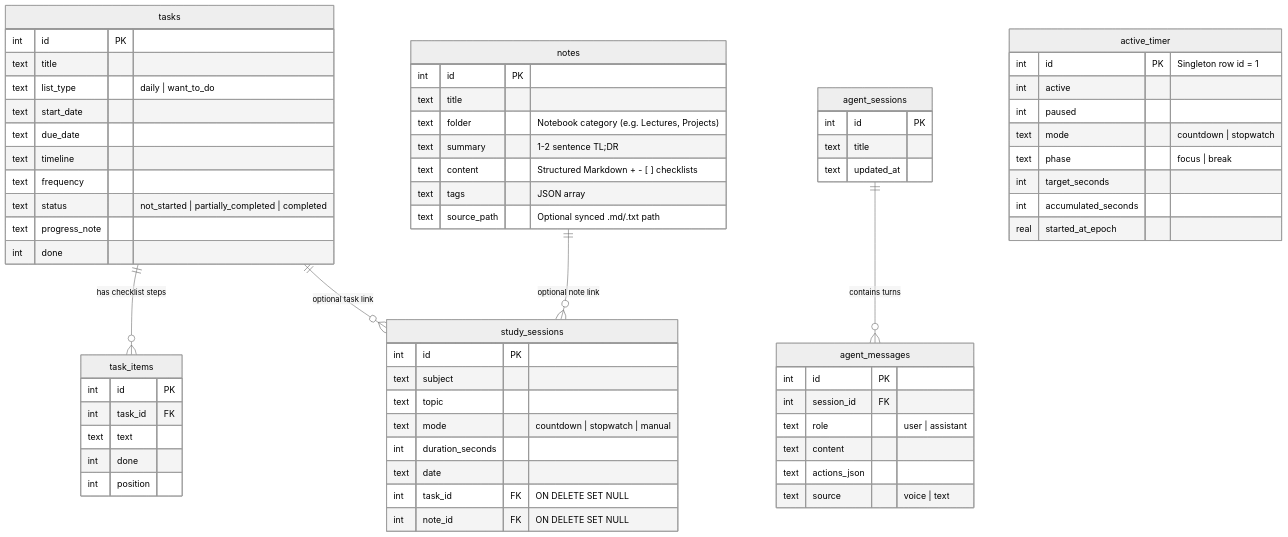
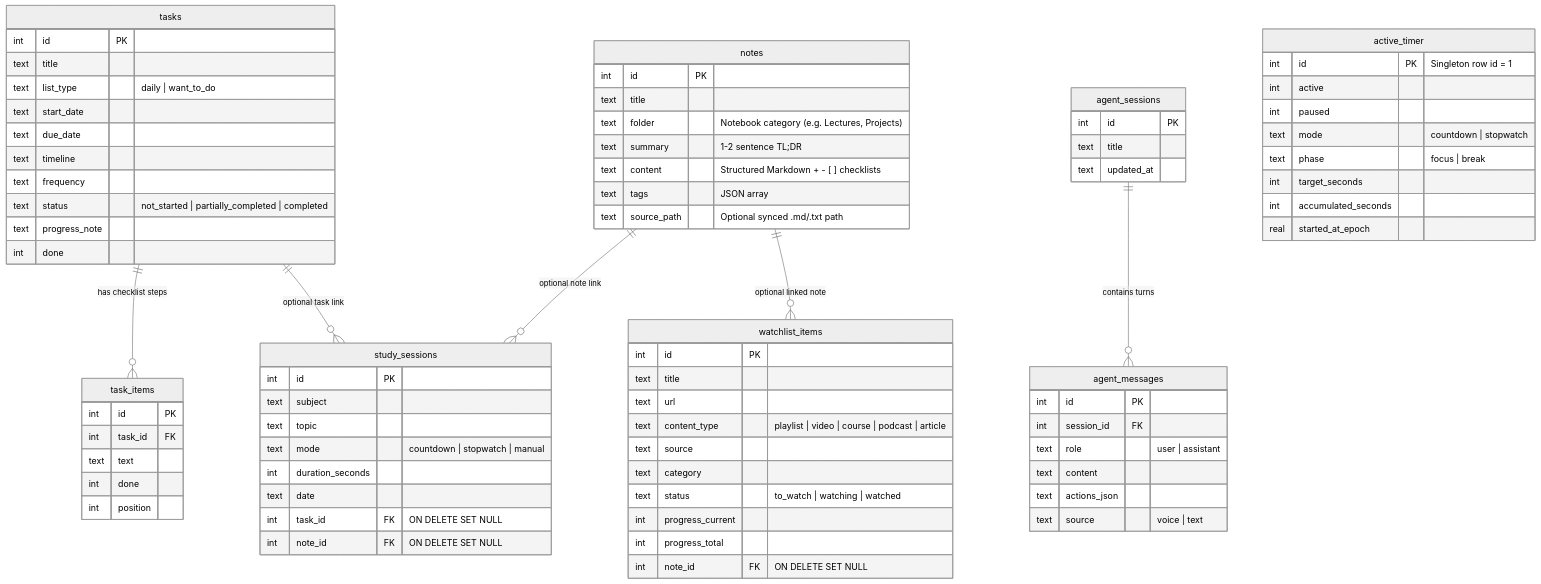
Before and after one commit to ammar-adel222/personal-life-hub: the diagram in docs/ARCHITECTURE.md, drawn with Mermaid (neutral theme). The commit also changed other lines of this file and 5 other files, not shown here.

Commit message:
test,docs: add 5 tests, update README/architecture/deps/gitignore

````diff
--- a/docs/ARCHITECTURE.md
+++ b/docs/ARCHITECTURE.md
@@ -53,69 +55,82 @@
 ```mermaid
 erDiagram
     tasks ||--o{ task_items : "has checklist steps"
     tasks ||--o{ study_sessions : "optional task link"
     notes ||--o{ study_sessions : "optional note link"
+    notes ||--o{ watchlist_items : "optional linked note"
     agent_sessions ||--o{ agent_messages : "contains turns"
 
     tasks {
         int id PK
         text title
         text list_type "daily | want_to_do"
         text start_date
         text due_date
         text timeline
         text frequency
         text status "not_started | partially_completed | completed"
         text progress_note
         int done
     }
     task_items {
         int id PK
         int task_id FK
         text text
         int done
         int position
     }
     notes {
         int id PK
         text title
         text folder "Notebook category (e.g. Lectures, Projects)"
         text summary "1-2 sentence TL;DR"
         text content "Structured Markdown + - [ ] checklists"
         text tags "JSON array"
         text source_path "Optional synced .md/.txt path"
     }
     study_sessions {
         int id PK
         text subject
         text topic
         text mode "countdown | stopwatch | manual"
         int duration_seconds
         text date
         int task_id FK "ON DELETE SET NULL"
         int note_id FK "ON DELETE SET NULL"
     }
     active_timer {
         int id PK "Singleton row id = 1"
         int active
         int paused
         text mode "countdown | stopwatch"
         text phase "focus | break"
         int target_seconds
         int accumulated_seconds
         real started_at_epoch
     }
+    watchlist_items {
+        int id PK
+        text title
+        text url
+        text content_type "playlist | video | course | podcast | article"
+        text source
+        text category
+        text status "to_watch | watching | watched"
+        int progress_current
+        int progress_total
+        int note_id FK "ON DELETE SET NULL"
+    }
     agent_sessions {
         int id PK
         text title
         text updated_at
     }
     agent_messages {
         int id PK
         int session_id FK
         text role "user | assistant"
         text content
         text actions_json
         text source "voice | text"
     }
 ```
````
